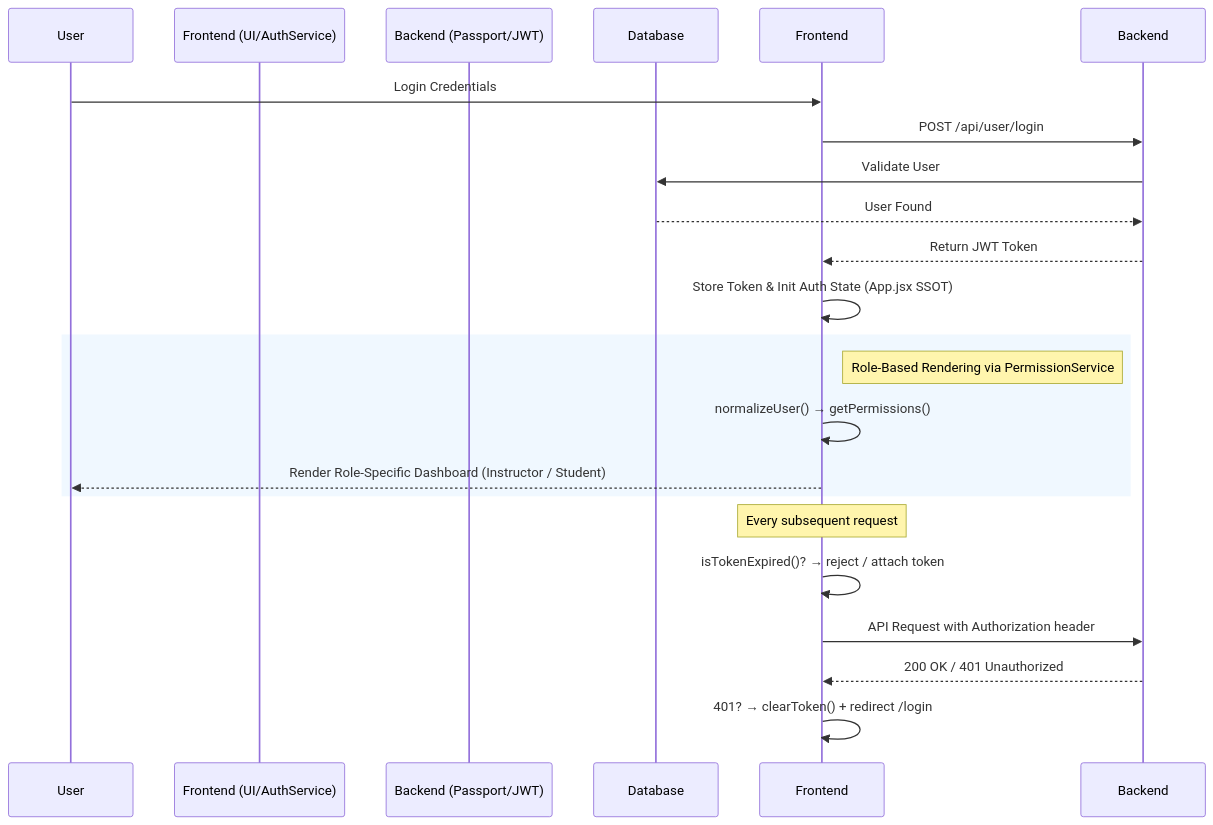
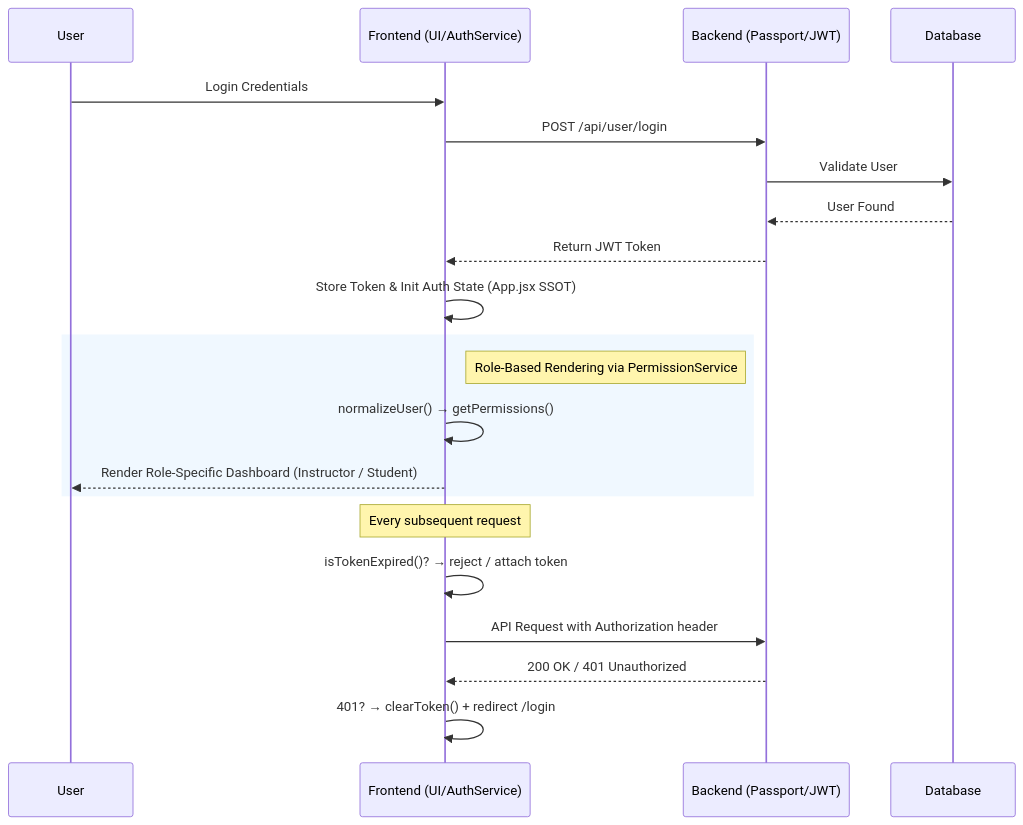
Before and after one commit to yuting813/course-management-system: the diagram in README.md, drawn with Mermaid. The commit also changed other lines of this file and 6 other files, not shown here.

````diff
--- a/README.md
+++ b/README.md
@@ -101,26 +127,26 @@
 ```mermaid
 sequenceDiagram
     participant User
-    participant Frontend (UI/AuthService)
-    participant Backend (Passport/JWT)
+    participant Frontend as Frontend (UI/AuthService)
+    participant Backend as Backend (Passport/JWT)
     participant Database
 
     User->>Frontend: Login Credentials
     Frontend->>Backend: POST /api/user/login
     Backend->>Database: Validate User
     Database-->>Backend: User Found
     Backend-->>Frontend: Return JWT Token
     Frontend->>Frontend: Store Token & Init Auth State (App.jsx SSOT)
 
     rect rgb(240, 248, 255)
     note right of Frontend: Role-Based Rendering via PermissionService
     Frontend->>Frontend: normalizeUser() → getPermissions()
     Frontend-->>User: Render Role-Specific Dashboard (Instructor / Student)
     end
 
     note over Frontend: Every subsequent request
     Frontend->>Frontend: isTokenExpired()? → reject / attach token
     Frontend->>Backend: API Request with Authorization header
     Backend-->>Frontend: 200 OK / 401 Unauthorized
     Frontend->>Frontend: 401? → clearToken() + redirect /login
 ```
````
